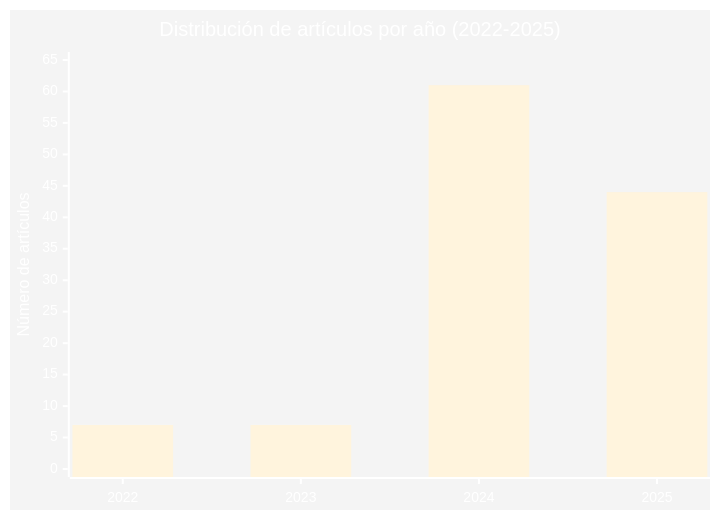
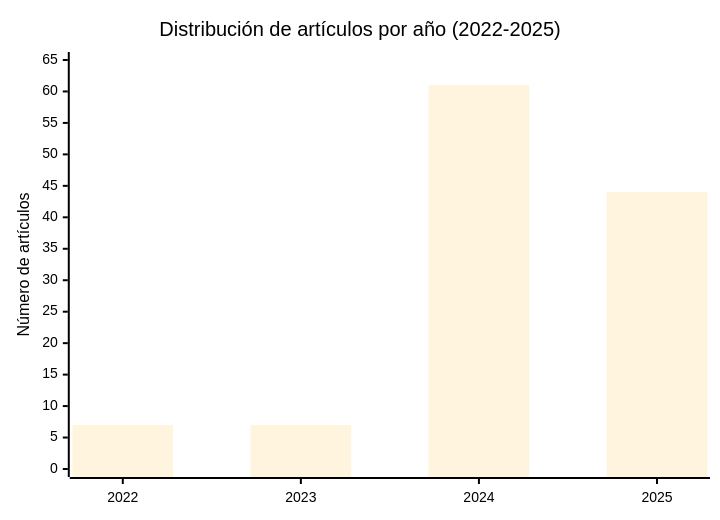
Before and after one commit to 686f6c61/llm-synthetic-personality-review: the diagram in README.md, drawn with Mermaid.

Commit message:
Update Mermaid chart to use black and white color scheme
- Changed from color theme to grayscale for better visibility
- Uses black, gray tones for bars and text
- White background for clarity

````diff
--- a/README.md
+++ b/README.md
@@ -71,8 +71,8 @@
 ```mermaid
-%%{init: {'theme':'base', 'themeVariables': { 'primaryColor':'#6366f1', 'primaryTextColor':'#fff', 'primaryBorderColor':'#4f46e5', 'lineColor':'#6366f1', 'secondaryColor':'#818cf8', 'tertiaryColor':'#c7d2fe'}}}%%
+%%{init: {'theme':'base', 'themeVariables': { 'primaryColor':'#333333', 'primaryTextColor':'#000000', 'primaryBorderColor':'#000000', 'lineColor':'#000000', 'secondaryColor':'#666666', 'tertiaryColor':'#999999', 'background':'#ffffff'}}}%%
 xychart-beta
     title "Distribución de artículos por año (2022-2025)"
     x-axis [2022, 2023, 2024, 2025]
     y-axis "Número de artículos" 0 --> 65
     bar [7, 7, 61, 44]
 ```
````
